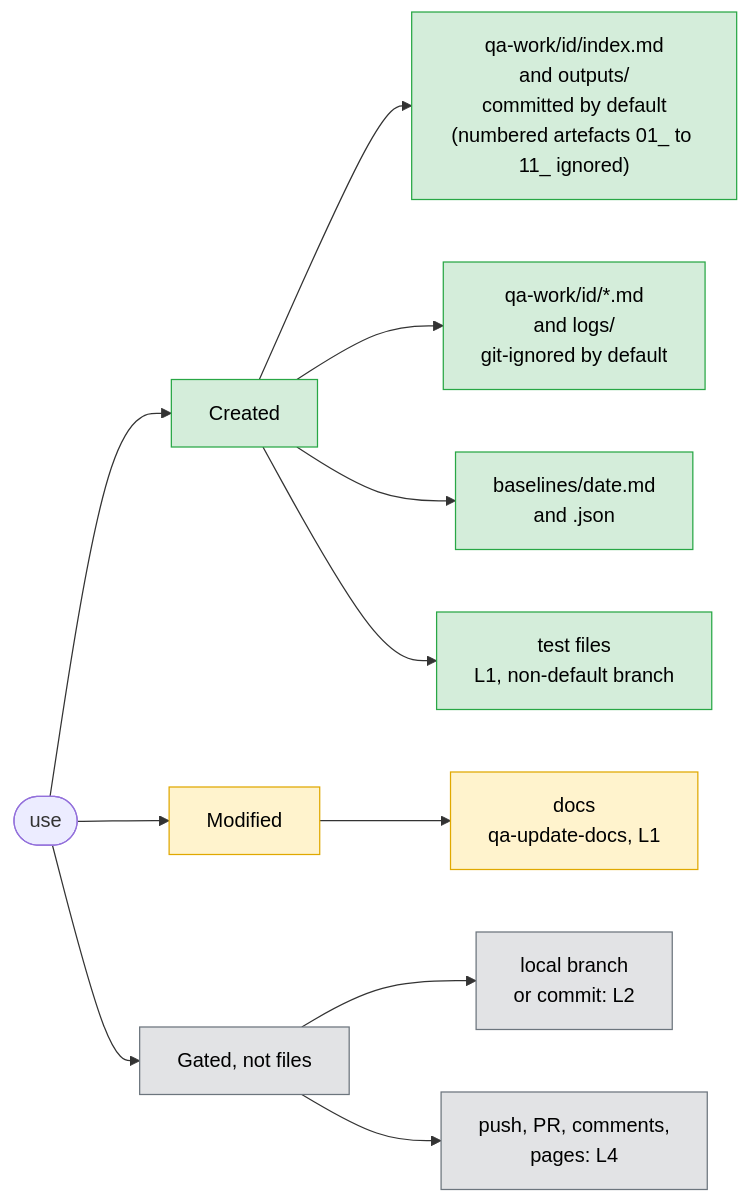
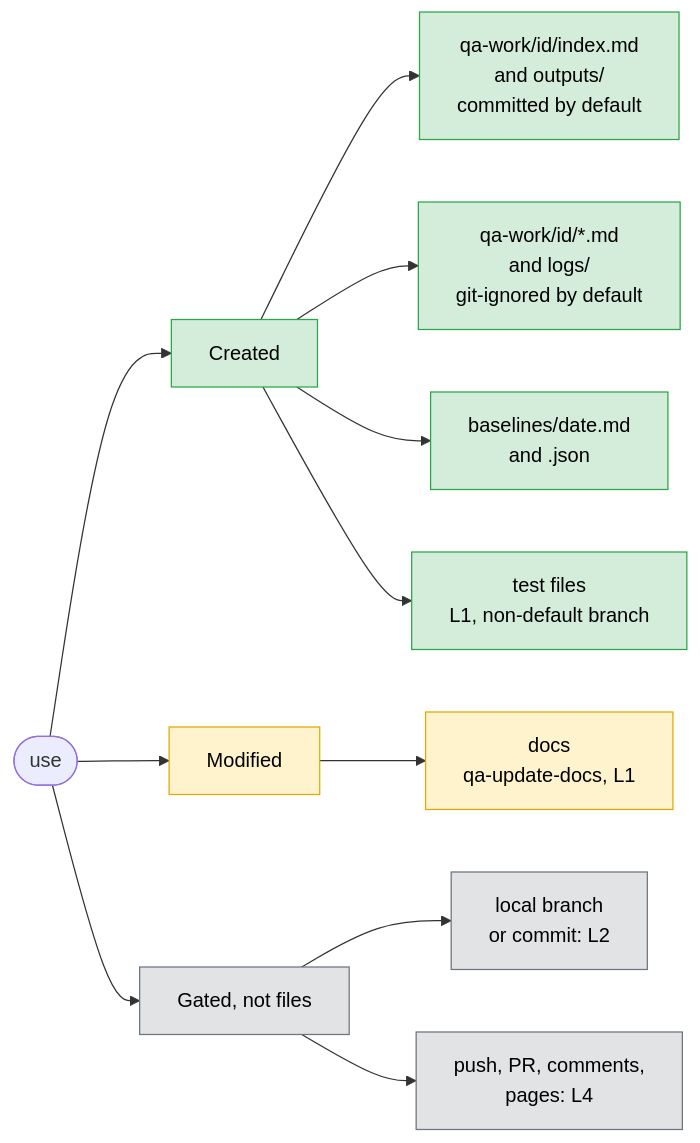
Before and after one commit to bmad-kainos/ai-qa: the fourth of 5 diagrams in docs/flows/04-file-lifecycle.md, drawn with Mermaid. The commit also changed 5 other files, not shown here.

````diff
--- a/docs/flows/04-file-lifecycle.md
+++ b/docs/flows/04-file-lifecycle.md
@@ -55,20 +55,20 @@
 ```mermaid
 flowchart LR
   U(["use"])
   U --> A["Created"]
   U --> M["Modified"]
   U --> G["Gated, not files"]
-  A --> A1["qa-work/id/index.md<br/>and outputs/<br/>committed by default<br/>(numbered artefacts 01_ to 11_ ignored)"]
+  A --> A1["qa-work/id/index.md<br/>and outputs/<br/>committed by default"]
   A --> A2["qa-work/id/*.md<br/>and logs/<br/>git-ignored by default"]
   A --> A3["baselines/date.md<br/>and .json"]
   A --> A4["test files<br/>L1, non-default branch"]
   M --> M1["docs<br/>qa-update-docs, L1"]
   G --> G1["local branch<br/>or commit: L2"]
   G --> G2["push, PR, comments,<br/>pages: L4"]
   classDef created fill:#d4edda,stroke:#28a745,color:#000
   classDef modified fill:#fff3cd,stroke:#e0a800,color:#000
   classDef gated fill:#e2e3e5,stroke:#6c757d,color:#000
   class A,A1,A2,A3,A4 created
   class M,M1 modified
   class G,G1,G2 gated
 ```
````
